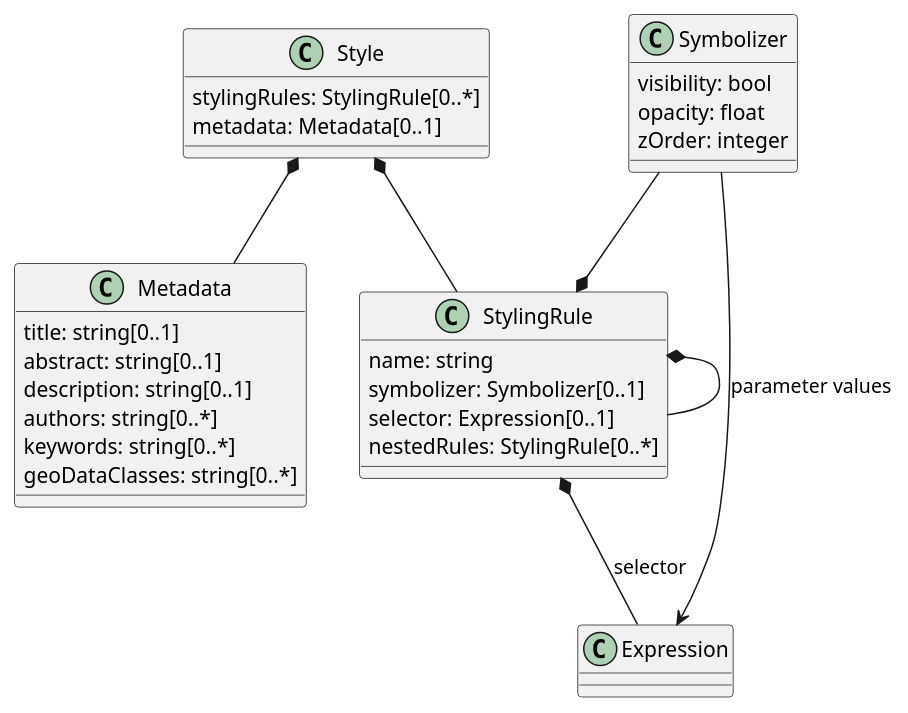
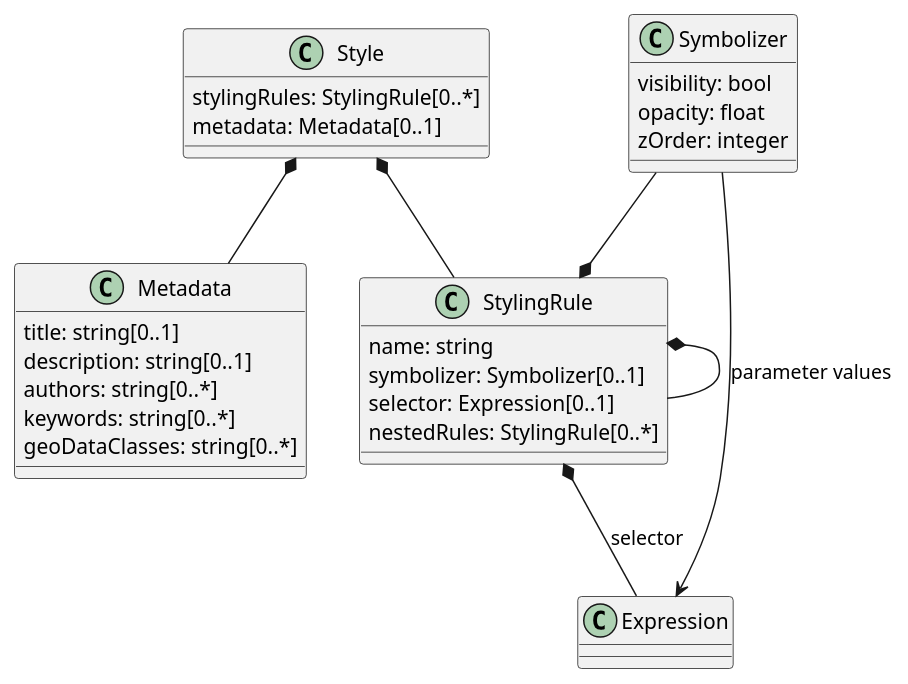
One commit to opengeospatial/styles-and-symbology changed the first of 6 diagrams in 1-core/sections/clause_7_core.adoc. Above: the diagram before and after it, drawn with PlantUML. The commit also changed other lines of this file and 2 other files, not shown here.

Commit message:
rm metadata from cscss rc

```diff
--- a/1-core/sections/clause_7_core.adoc
+++ b/1-core/sections/clause_7_core.adoc
@@ -9,31 +9,30 @@
 [plantuml, target=diagram-classes, format=png]
 ....
 Style : stylingRules: StylingRule[0..*]
 Style *-- StylingRule
 Style : metadata: Metadata[0..1]
 Style *-- Metadata
 
 Metadata : title: string[0..1]
-Metadata : abstract: string[0..1]
 Metadata : description: string[0..1]
 Metadata : authors: string[0..*]
 Metadata : keywords: string[0..*]
 Metadata : geoDataClasses: string[0..*]
 
 StylingRule : name: string
 StylingRule : symbolizer: Symbolizer[0..1]
 StylingRule : selector: Expression[0..1]
 StylingRule : nestedRules: StylingRule[0..*]
 StylingRule *-- StylingRule
 StylingRule *-- Expression : selector
 
 Symbolizer : visibility: bool
 Symbolizer : opacity: float
 Symbolizer : zOrder: integer
 Symbolizer --* StylingRule
 Symbolizer --> Expression : parameter values
 
 /'Note: zOrder needs discussion on whether it should be relative or float
 and how to relate to encodings where the visual priority order
 comes from the order of the rules.'/
 ....
```
